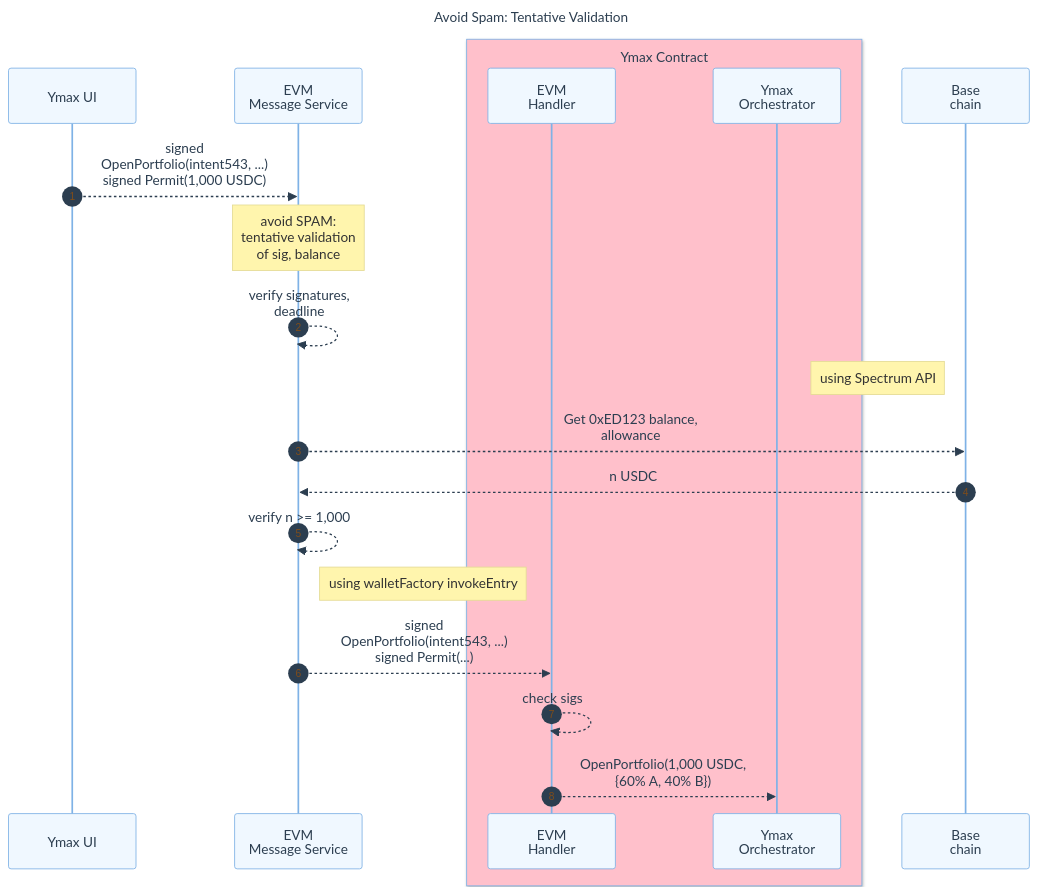
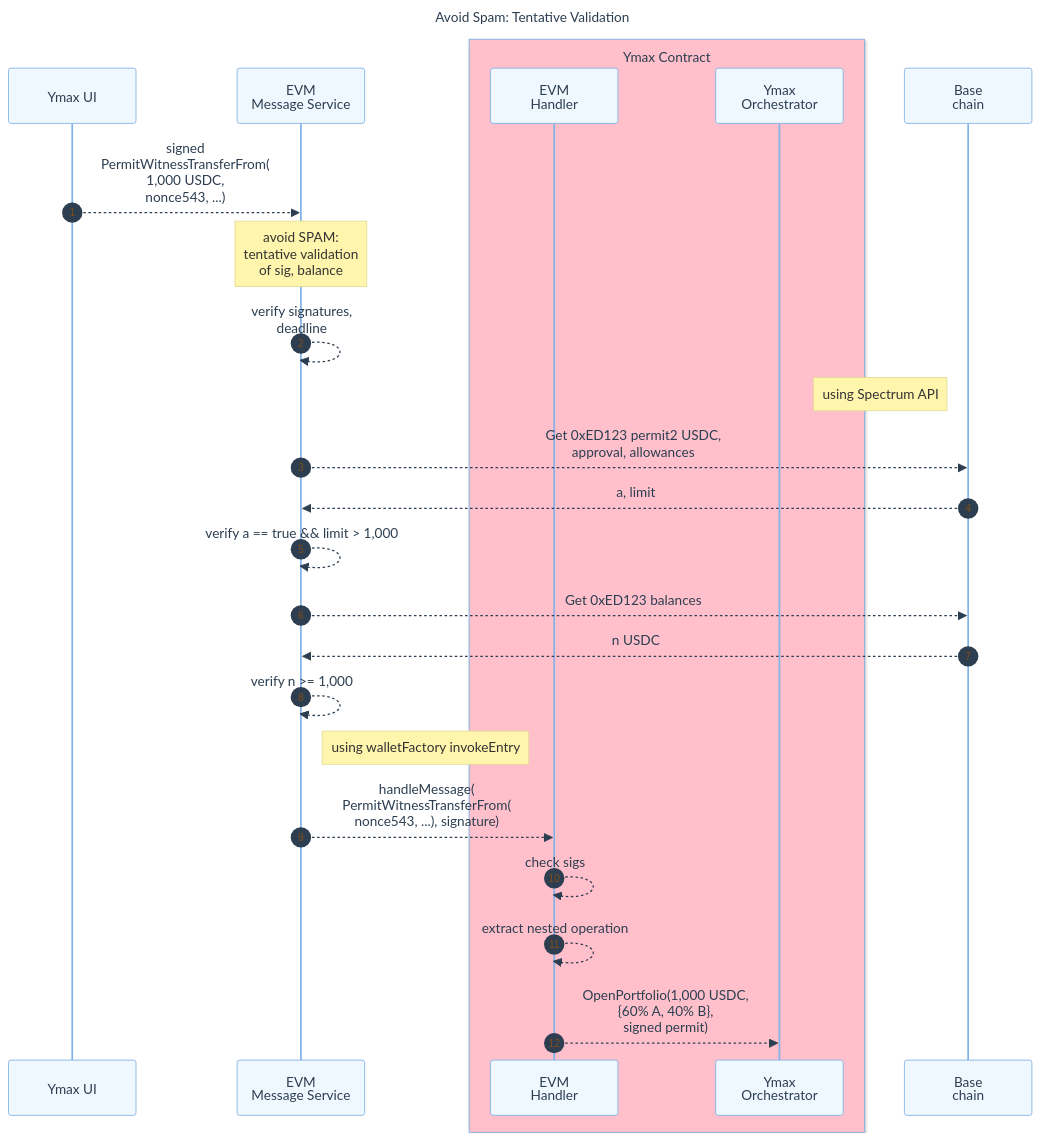
One commit to Agoric/agoric-sdk changed the fourth of 7 diagrams in packages/portfolio-contract/docs-design/evm-wallet.md. Above: the diagram before and after it, drawn with Mermaid. The commit also changed other lines of this file, not shown here.

Commit message:
docs: update evm permit2, create+deposit

````diff
--- a/packages/portfolio-contract/docs-design/evm-wallet.md
+++ b/packages/portfolio-contract/docs-design/evm-wallet.md
@@ -181,41 +189,46 @@
 ```mermaid
 
 %%{init: {
   'theme': 'base',
   'themeVariables': {
     'primaryColor': '#f0f8ff',
     'primaryTextColor': '#2c3e50',
     'primaryBorderColor': '#7fb2e6',
     'lineColor': '#7fb2e6',
     'secondaryColor': '#f6f8fa',
     'tertiaryColor': '#fff5e6'
   }
 }}%%
 sequenceDiagram
   title Avoid Spam: Tentative Validation
   autonumber
   participant D as Ymax UI
   participant EMS as EVM<br/> Message Service
   %% [Where it runs]
   box Pink Ymax Contract
     participant EMH as EVM<br/>Handler
     participant YC as Ymax<br/>Orchestrator
   end
   participant B as Base<br/>chain
 
   %% Notation: ->> for initial message, -->> for consequences
 
-  D -->> EMS: signed<br/>OpenPortfolio(intent543, ...)<br/>signed Permit(1,000 USDC)
+  D -->> EMS: signed<br/>PermitWitnessTransferFrom(<br/>1,000 USDC,<br/>nonce543, ...)
 
   note over EMS: avoid SPAM:<br/>tentative validation<br/>of sig, balance
   EMS-->>EMS: verify signatures,<br />deadline
   note left of B: using Spectrum API
-  EMS-->>B: Get 0xED123 balance,<br/>allowance
+  EMS-->>B: Get 0xED123 permit2 USDC,<br/>approval, allowances
+  B-->>EMS: a, limit
+  EMS-->>EMS: verify a == true && limit > 1,000
+
+  EMS-->>B: Get 0xED123 balances
   B-->>EMS: n USDC
   EMS-->>EMS: verify n >= 1,000
 
   note right of EMS: using walletFactory invokeEntry
-  EMS -->> EMH: signed<br/>OpenPortfolio(intent543, ...)<br/>signed Permit(...)
+  EMS -->> EMH: handleMessage(<br/>PermitWitnessTransferFrom(<br/>nonce543, ...), signature)
   EMH -->> EMH: check sigs
-  EMH -->> YC: OpenPortfolio(1,000 USDC,<br/>{60% A, 40% B})
+  EMH -->> EMH: extract nested operation
+  EMH -->> YC: OpenPortfolio(1,000 USDC,<br/>{60% A, 40% B},<br/>signed permit)
 ```
````
